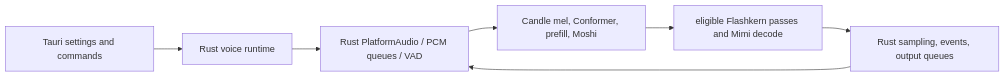
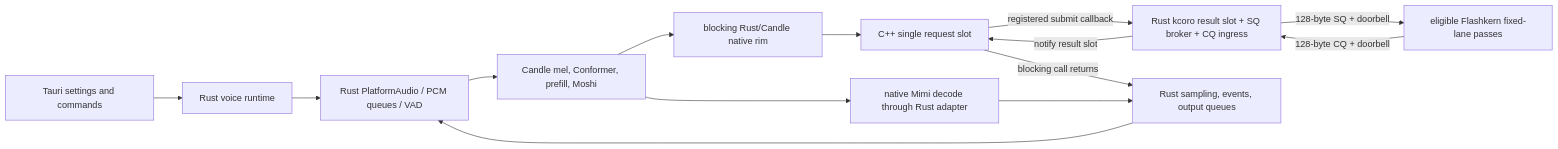
The first of 4 diagrams in specs/11-kcoro-native-migration.md (SolaceHarmony/emberharmony), drawn with Mermaid before and after one commit. The commit also changed other lines of this file and 14 other files, not shown here.

Commit message:
reconcile native docs with mounted kcoro flow

````diff
--- a/specs/11-kcoro-native-migration.md
+++ b/specs/11-kcoro-native-migration.md
@@ -111,9 +113,16 @@
 ```mermaid
 flowchart LR
     UI["Tauri settings and commands"] --> RUST["Rust voice runtime"]
     RUST --> AUDIO["Rust PlatformAudio / PCM queues / VAD"]
     AUDIO --> CANDLE["Candle mel, Conformer, prefill, Moshi"]
-    CANDLE --> NATIVE["eligible Flashkern passes and Mimi decode"]
-    NATIVE --> LOOP["Rust sampling, events, output queues"]
+    CANDLE --> RIM["blocking Rust/Candle native rim"]
+    RIM --> CPP["C++ single request slot"]
+    CPP -->|"registered submit callback"| KCORO["Rust kcoro result slot + SQ broker + CQ ingress"]
+    KCORO -->|"128-byte SQ + doorbell"| NATIVE["eligible Flashkern fixed-lane passes"]
+    NATIVE -->|"128-byte CQ + doorbell"| KCORO
+    KCORO -->|"notify result slot"| CPP
+    CPP -->|"blocking call returns"| LOOP["Rust sampling, events, output queues"]
+    CANDLE --> MIMI["native Mimi decode through Rust adapter"]
+    MIMI --> LOOP
     LOOP --> AUDIO
 ```
````
